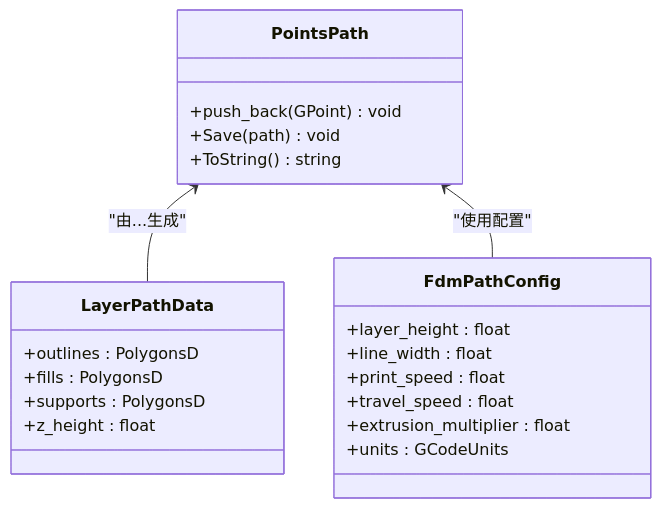
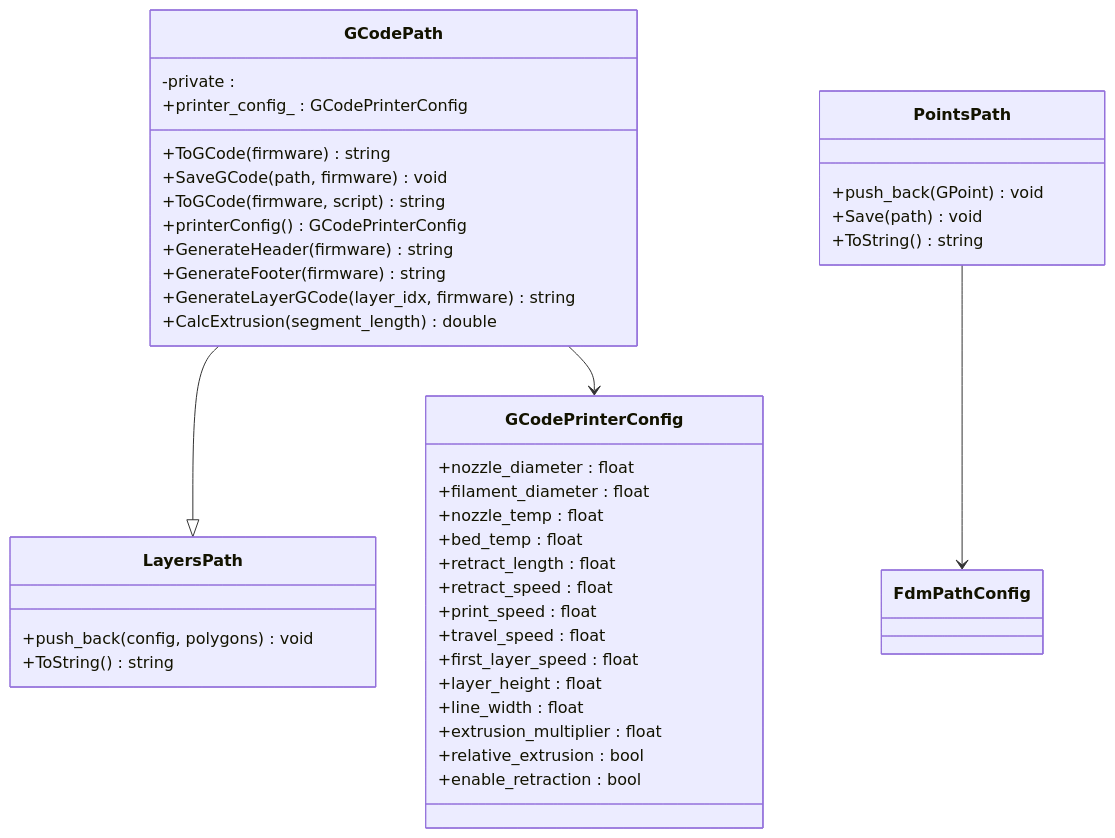
The eighth of 11 diagrams in .qoder/repowiki/zh/content/核心模块详解/FDM打印流水线.md (hsmbanlance/HsBaSlicer), drawn with Mermaid before and after one commit. The commit also changed other lines of this file and 9 other files, not shown here.

````diff
--- a/.qoder/repowiki/zh/content/核心模块详解/FDM打印流水线.md
+++ b/.qoder/repowiki/zh/content/核心模块详解/FDM打印流水线.md
@@ -369,24 +414,43 @@
 ```mermaid
 classDiagram
+class GCodePath {
++ToGCode(firmware) string
++SaveGCode(path, firmware) void
++ToGCode(firmware, script) string
++printerConfig() GCodePrinterConfig
+-private :
++GenerateHeader(firmware) string
++GenerateFooter(firmware) string
++GenerateLayerGCode(layer_idx, firmware) string
++CalcExtrusion(segment_length) double
++printer_config_ : GCodePrinterConfig
+}
+class LayersPath {
++push_back(config, polygons) void
++ToString() string
+}
 class PointsPath {
 +push_back(GPoint) void
 +Save(path) void
 +ToString() string
 }
-class LayerPathData {
-+outlines : PolygonsD
-+fills : PolygonsD
-+supports : PolygonsD
-+z_height : float
-}
-class FdmPathConfig {
+class GCodePrinterConfig {
++nozzle_diameter : float
++filament_diameter : float
++nozzle_temp : float
++bed_temp : float
++retract_length : float
++retract_speed : float
++print_speed : float
++travel_speed : float
++first_layer_speed : float
 +layer_height : float
 +line_width : float
-+print_speed : float
-+travel_speed : float
 +extrusion_multiplier : float
-+units : GCodeUnits
++relative_extrusion : bool
++enable_retraction : bool
 }
-PointsPath <-- LayerPathData : "由...生成"
-PointsPath <-- FdmPathConfig : "使用配置"
+GCodePath --|> LayersPath
+GCodePath --> GCodePrinterConfig
+PointsPath --> FdmPathConfig
 ```
````
